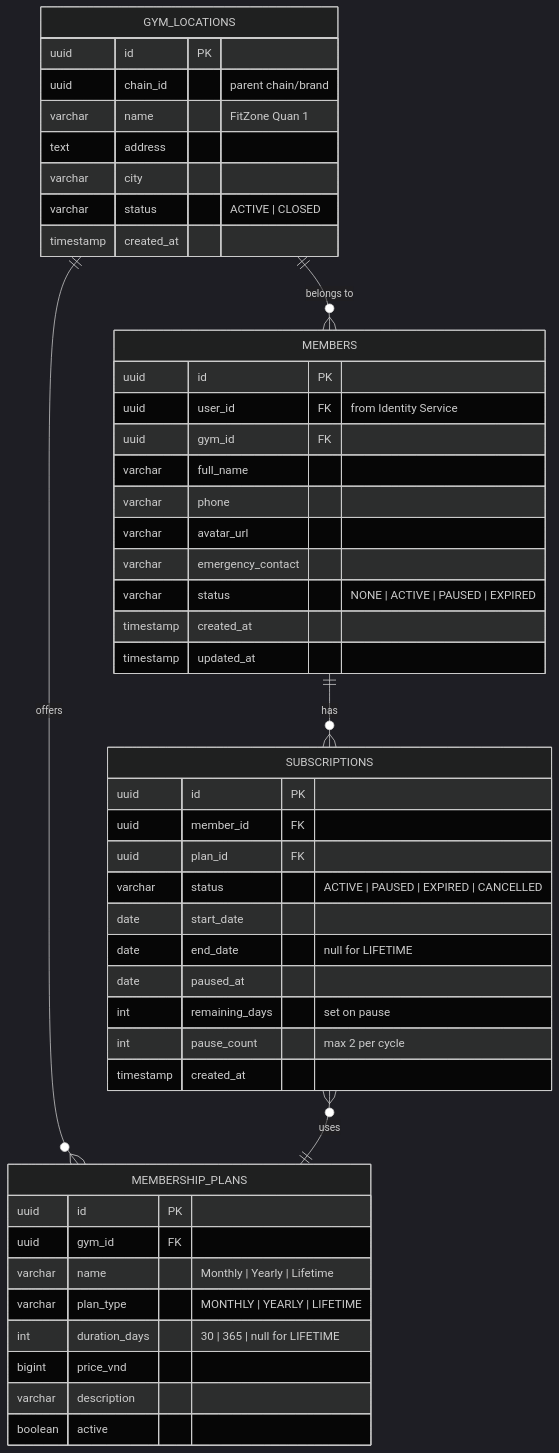
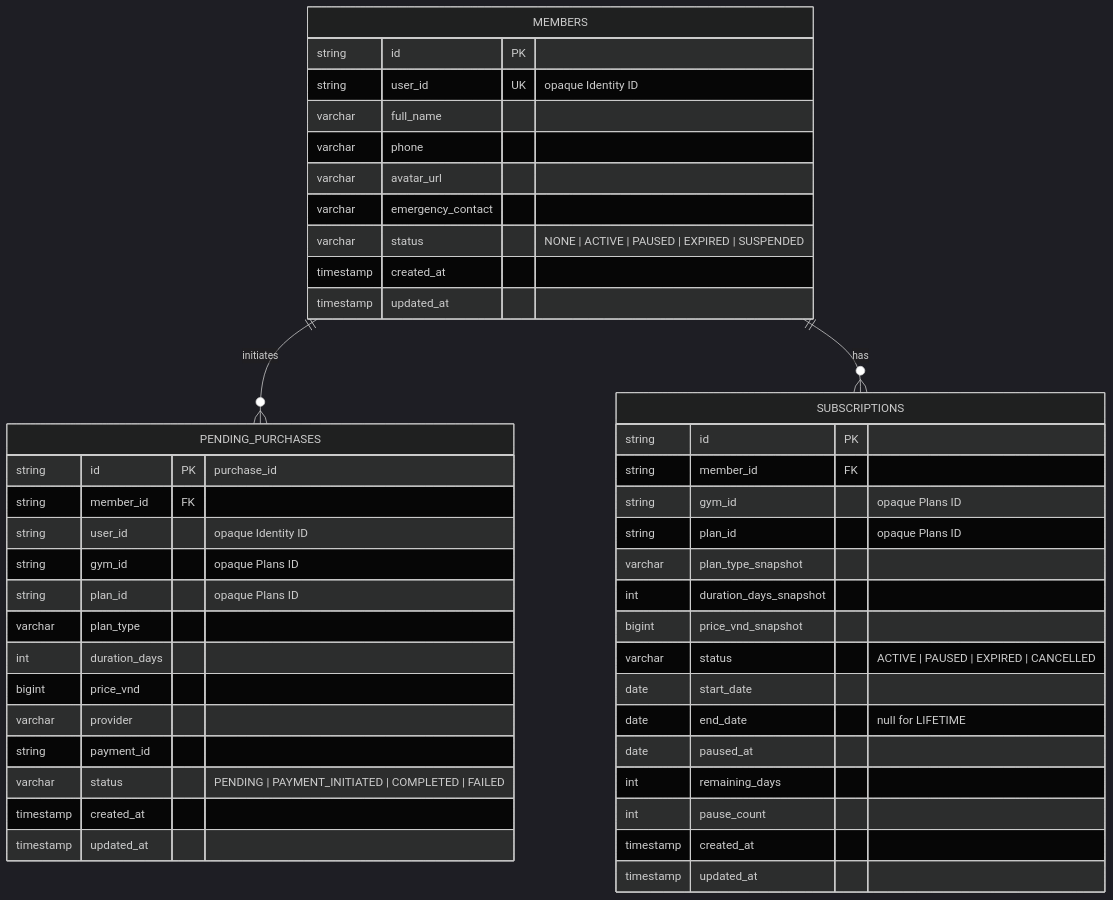
The third of 3 diagrams in services/02-ms-gym-member.md (pploc/gym-architect), drawn with Mermaid (dark theme) before and after one commit. The commit also changed other lines of this file and 16 other files, not shown here.

First line of the commit message:
docs: freeze Plans split roadmap through G8

````diff
--- a/services/02-ms-gym-member.md
+++ b/services/02-ms-gym-member.md
@@ -68,54 +78,51 @@
 ```mermaid
 erDiagram
-    GYM_LOCATIONS {
-        uuid id PK
-        uuid chain_id "parent chain/brand"
-        varchar name "FitZone Quan 1"
-        text address
-        varchar city
-        varchar status "ACTIVE | CLOSED"
-        timestamp created_at
-    }
-
     MEMBERS {
-        uuid id PK
-        uuid user_id FK "from Identity Service"
-        uuid gym_id FK
+        string id PK
+        string user_id UK "opaque Identity ID"
         varchar full_name
         varchar phone
         varchar avatar_url
         varchar emergency_contact
-        varchar status "NONE | ACTIVE | PAUSED | EXPIRED"
+        varchar status "NONE | ACTIVE | PAUSED | EXPIRED | SUSPENDED"
         timestamp created_at
         timestamp updated_at
     }
 
-    MEMBERSHIP_PLANS {
-        uuid id PK
-        uuid gym_id FK
-        varchar name "Monthly | Yearly | Lifetime"
-        varchar plan_type "MONTHLY | YEARLY | LIFETIME"
-        int duration_days "30 | 365 | null for LIFETIME"
+    PENDING_PURCHASES {
+        string id PK "purchase_id"
+        string member_id FK
+        string user_id "opaque Identity ID"
+        string gym_id "opaque Plans ID"
+        string plan_id "opaque Plans ID"
+        varchar plan_type
+        int duration_days
         bigint price_vnd
-        varchar description
-        boolean active
+        varchar provider
+        string payment_id
+        varchar status "PENDING | PAYMENT_INITIATED | COMPLETED | FAILED"
+        timestamp created_at
+        timestamp updated_at
     }
 
     SUBSCRIPTIONS {
-        uuid id PK
-        uuid member_id FK
-        uuid plan_id FK
+        string id PK
+        string member_id FK
+        string gym_id "opaque Plans ID"
+        string plan_id "opaque Plans ID"
+        varchar plan_type_snapshot
+        int duration_days_snapshot
+        bigint price_vnd_snapshot
         varchar status "ACTIVE | PAUSED | EXPIRED | CANCELLED"
         date start_date
         date end_date "null for LIFETIME"
         date paused_at
-        int remaining_days "set on pause"
-        int pause_count "max 2 per cycle"
+        int remaining_days
+        int pause_count
         timestamp created_at
+        timestamp updated_at
     }
 
-    GYM_LOCATIONS ||--o{ MEMBERS : "belongs to"
-    GYM_LOCATIONS ||--o{ MEMBERSHIP_PLANS : "offers"
-    MEMBERS ||--o{ SUBSCRIPTIONS : "has"
-    SUBSCRIPTIONS }o--|| MEMBERSHIP_PLANS : "uses"
+    MEMBERS ||--o{ PENDING_PURCHASES : initiates
+    MEMBERS ||--o{ SUBSCRIPTIONS : has
 ```
````
